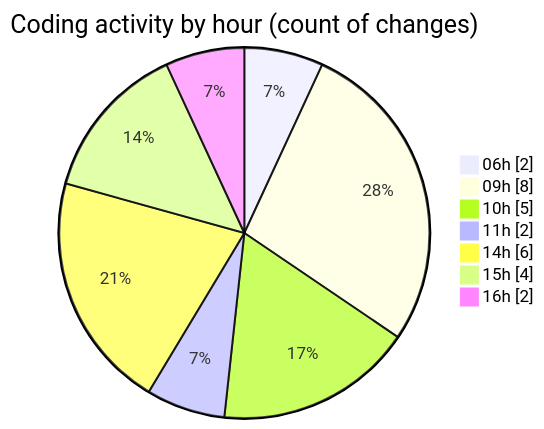
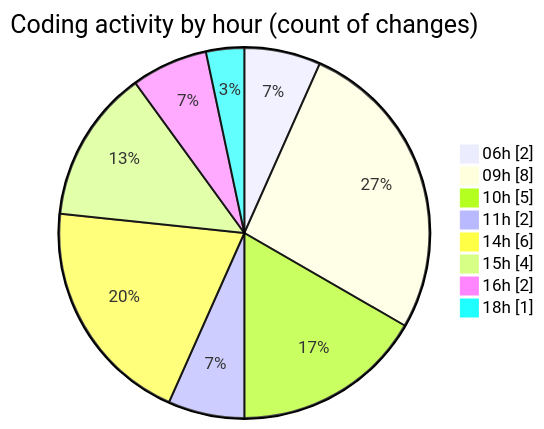
One commit to jadenblack/code-tracking changed the second of 2 diagrams in 2026-02-24/workbench__workspace_/README.md. Above: the diagram before and after it, drawn with Mermaid. The commit also changed other lines of this file and 1 other file, not shown here.

````diff
--- a/2026-02-24/workbench__workspace_/README.md
+++ b/2026-02-24/workbench__workspace_/README.md
@@ -34,11 +34,12 @@
 ```mermaid
 pie showData
 title Coding activity by hour (count of changes)
 "06h" : 2
 "09h" : 8
 "10h" : 5
 "11h" : 2
 "14h" : 6
 "15h" : 4
 "16h" : 2
+"18h" : 1
 ```
````
